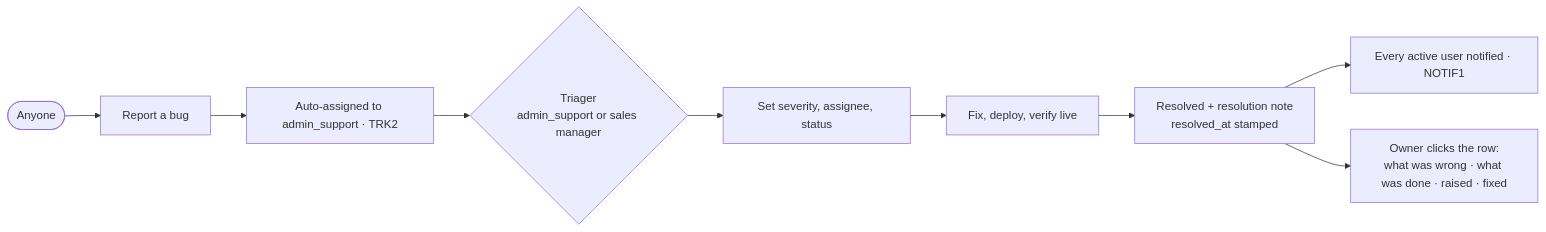
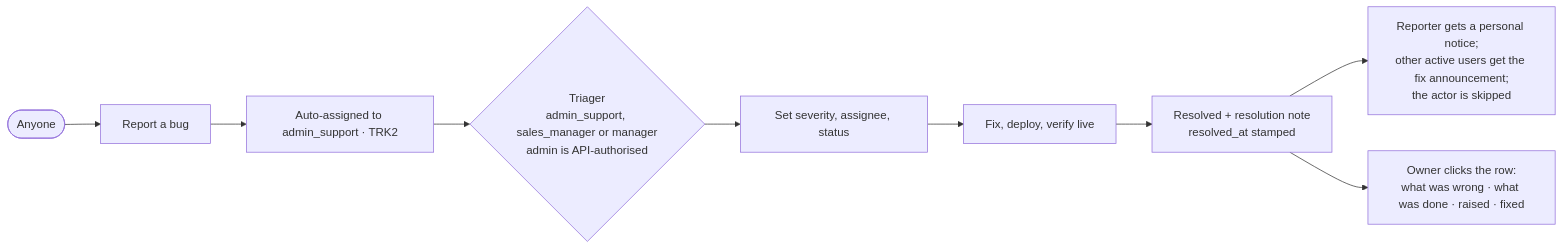
One commit to ApeX353/DigiLearn-CRM--Current changed the ninth of 10 diagrams in CODEBASE-SKELETON.md. Above: the diagram before and after it, drawn with Mermaid. The commit also changed other lines of this file and 5 other files, not shown here.

````diff
--- a/CODEBASE-SKELETON.md
+++ b/CODEBASE-SKELETON.md
@@ -390,11 +440,11 @@
 ```mermaid
 flowchart LR
   u([Anyone]) --> r[Report a bug]
   r --> a[Auto-assigned to admin_support · TRK2]
-  a --> t{Triager<br/>admin_support or sales manager}
+  a --> t{Triager<br/>admin_support, sales_manager or manager<br/>admin is API-authorised}
   t --> s[Set severity, assignee, status]
   s --> f[Fix, deploy, verify live]
   f --> res[Resolved + resolution note<br/>resolved_at stamped]
-  res --> n[Every active user notified · NOTIF1]
+  res --> n[Reporter gets a personal notice;<br/>other active users get the fix announcement;<br/>the actor is skipped]
   res --> d[Owner clicks the row:<br/>what was wrong · what was done · raised · fixed]
 ```
````
